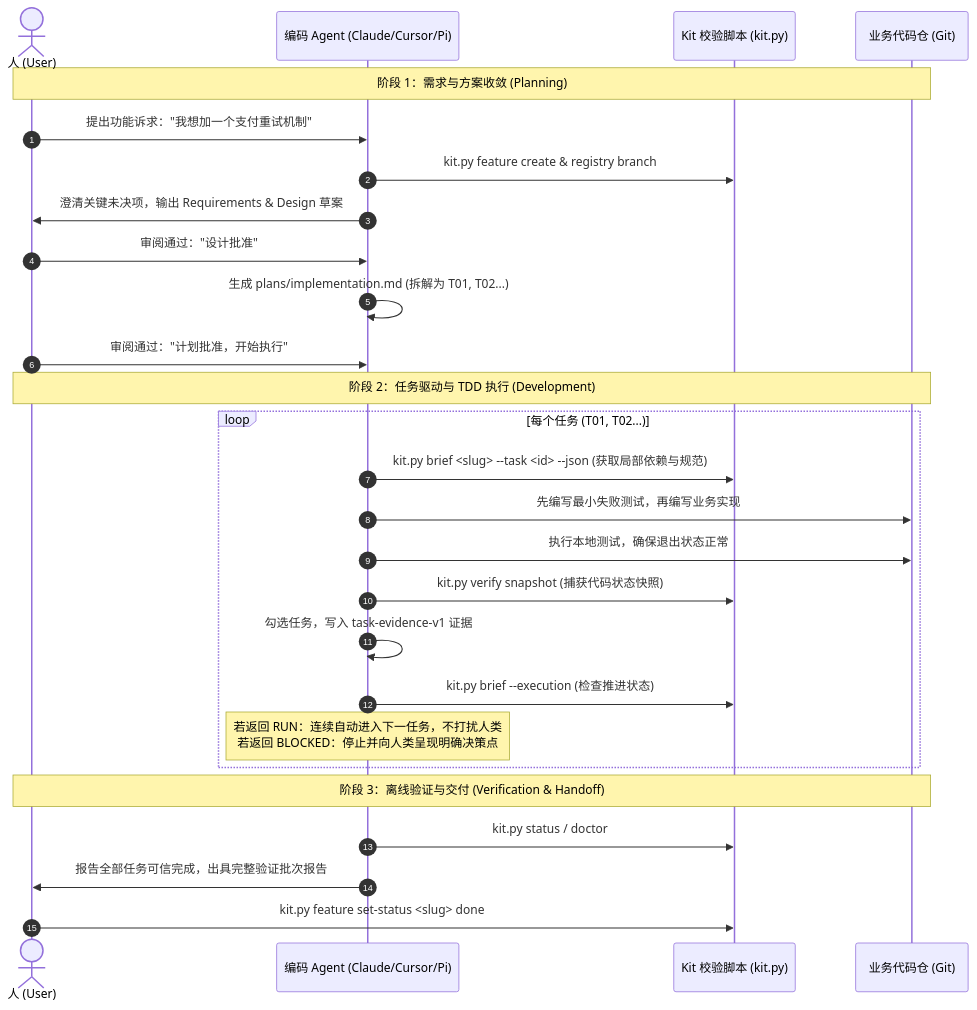
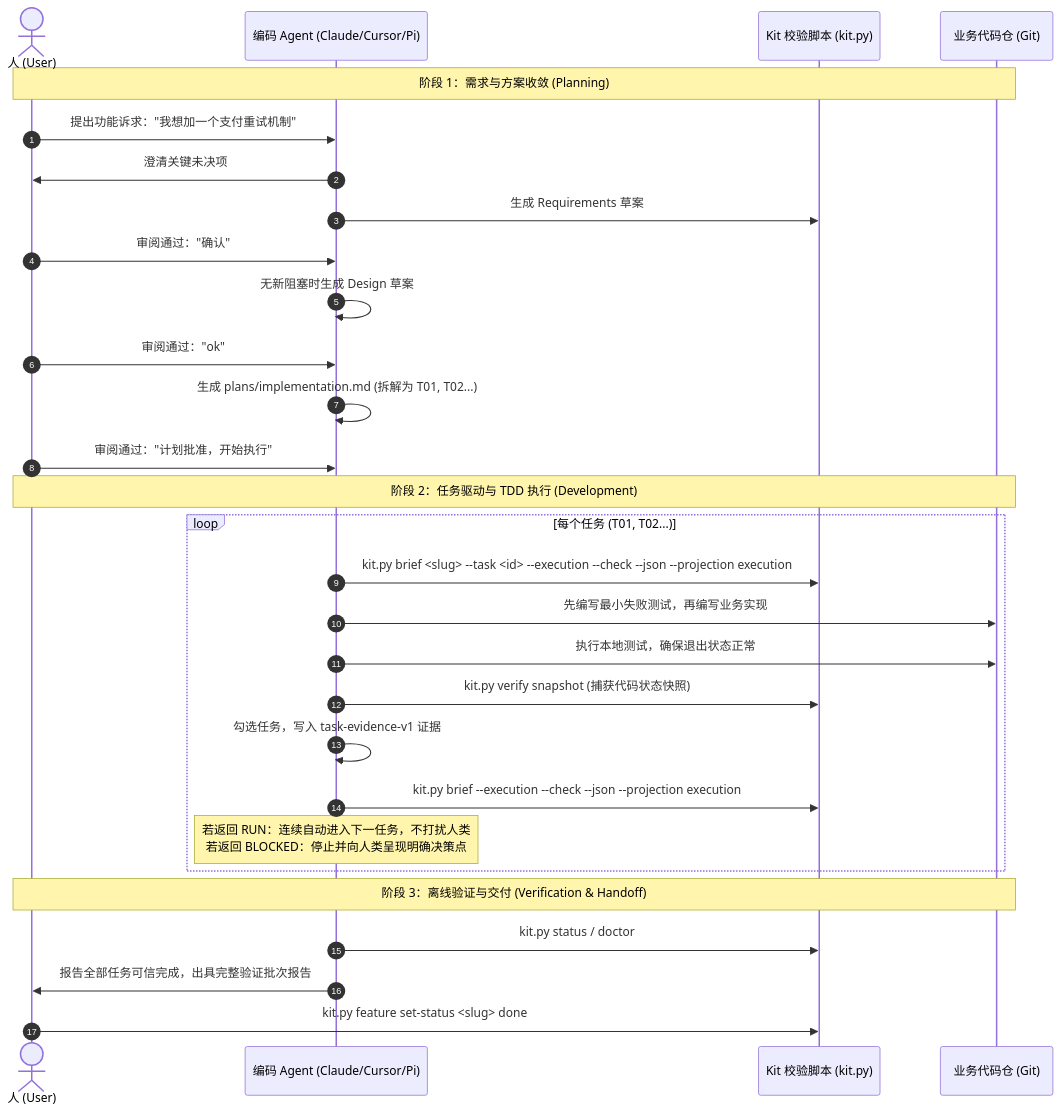
Before and after one commit to sandy-hmb/agent-workbench: the second of 2 diagrams in docs/guides/first-feature.md, drawn with Mermaid. The commit also changed other lines of this file and 32 other files, not shown here.

````diff
--- a/docs/guides/first-feature.md
+++ b/docs/guides/first-feature.md
@@ -47,32 +47,34 @@
 ```mermaid
 sequenceDiagram
     autonumber
     actor H as 人 (User)
     participant A as 编码 Agent (Claude/Cursor/Pi)
     participant K as Kit 校验脚本 (kit.py)
     participant R as 业务代码仓 (Git)
 
     Note over H, R: 阶段 1：需求与方案收敛 (Planning)
     H->>A: 提出功能诉求："我想加一个支付重试机制"
-    A->>K: kit.py feature create & registry branch
-    A->>H: 澄清关键未决项，输出 Requirements & Design 草案
-    H->>A: 审阅通过："设计批准"
+    A->>H: 澄清关键未决项
+    A->>K: 生成 Requirements 草案
+    H->>A: 审阅通过："确认"
+    A->>A: 无新阻塞时生成 Design 草案
+    H->>A: 审阅通过："ok"
     A->>A: 生成 plans/implementation.md (拆解为 T01, T02...)
     H->>A: 审阅通过："计划批准，开始执行"
 
     Note over H, R: 阶段 2：任务驱动与 TDD 执行 (Development)
     loop 每个任务 (T01, T02...)
-        A->>K: kit.py brief <slug> --task <id> --json (获取局部依赖与规范)
+        A->>K: kit.py brief <slug> --task <id> --execution --check --json --projection execution
         A->>R: 先编写最小失败测试，再编写业务实现
         A->>R: 执行本地测试，确保退出状态正常
         A->>K: kit.py verify snapshot (捕获代码状态快照)
         A->>A: 勾选任务，写入 task-evidence-v1 证据
-        A->>K: kit.py brief --execution (检查推进状态)
+        A->>K: kit.py brief --execution --check --json --projection execution
         Note over A: 若返回 RUN：连续自动进入下一任务，不打扰人类<br>若返回 BLOCKED：停止并向人类呈现明确决策点
     end
 
     Note over H, R: 阶段 3：离线验证与交付 (Verification & Handoff)
     A->>K: kit.py status / doctor
     A->>H: 报告全部任务可信完成，出具完整验证批次报告
     H->>K: kit.py feature set-status <slug> done
 ```
````
